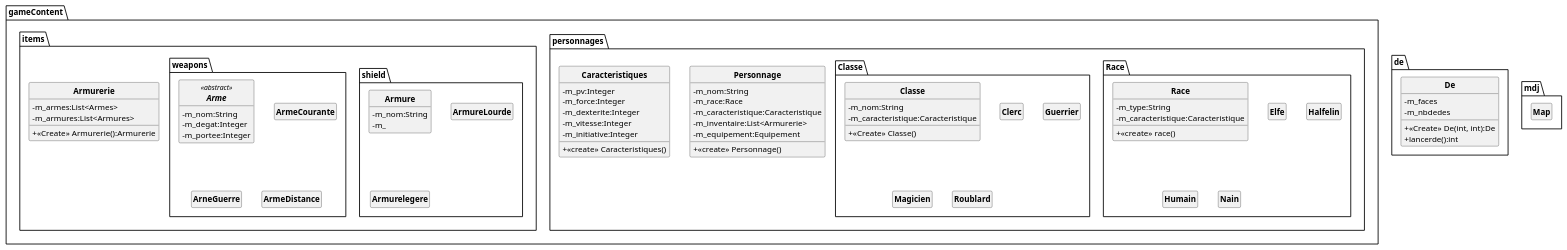
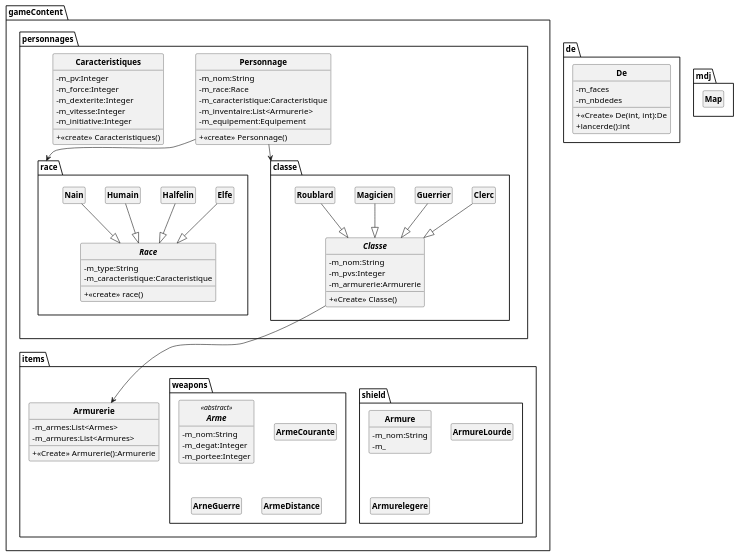
Before and after one commit to pataatee/DOOnjons-et-Dragons: the diagram in uml/DoojonEtDragons.puml, drawn with PlantUML. The commit also changed 12 other files, not shown here.

Commit message:
ajout des classes abstraites Classe et Race, test de si ça marche, attention armurerie est faux

```diff
--- a/uml/DoojonEtDragons.puml
+++ b/uml/DoojonEtDragons.puml
@@ -1,135 +1,150 @@
 @startuml
 'https://plantuml.com/class-diagram
 scale 1
 
 skinparam classAttributeIconSize 0
 skinparam classFontStyle Bold
 skinparam style strictuml
 hide empty members
 
 package gameContent
 {
     package personnages
     {
         class Personnage {
             +<<create>> Personnage()
             -m_nom:String
             -m_race:Race
             -m_caracteristique:Caracteristique
             -m_inventaire:List<Armurerie>
             -m_equipement:Equipement
         }
+        Personnage --> race
+        Personnage --> classe
 
-        package Race{
-            class Race {
+        package race{
+            abstract class Race {
                 +<<create>> race()
                 -m_type:String
                 -m_caracteristique:Caracteristique
             }
             class Elfe {
             }
             class Halfelin {
             }
             class Humain {
             }
             class Nain {
             }
+            Humain --|> Race
+            Nain --|> Race
+            Elfe --|> Race
+            Halfelin --|> Race
         }
 
         class Caracteristiques {
             +<<create>> Caracteristiques()
             -m_pv:Integer
             -m_force:Integer
             -m_dexterite:Integer
             -m_vitesse:Integer
             -m_initiative:Integer
         }
-        package Classe{
-            class Classe {
+        package classe{
+            abstract class Classe {
                 +<<Create>> Classe()
                 -m_nom:String
-                -m_caracteristique:Caracteristique
+                -m_pvs:Integer
+                -m_armurerie:Armurerie
             }
             class Clerc {
             }
             class Guerrier {
             }
             class Magicien {
             }
             class Roublard {
             }
+            Clerc --|> Classe
+            Guerrier --|> Classe
+            Magicien --|> Classe
+            Roublard --|> Classe
+            Classe --> gameContent.items.Armurerie
         }
 
 
     }
 
     package items
     {
 
         class Armurerie {
             +<<Create>> Armurerie():Armurerie
             -m_armes:List<Armes>
             -m_armures:List<Armures>
         }
 
         package shield {
 
             class Armure {
                 -m_nom:String
                 -m_
             }
 
             class ArmureLourde {
 
             }
 
             class Armurelegere {
 
             }
 
         }
 
         package weapons {
 
             abstract class Arme <<abstract>> {
                 -m_nom:String
                 -m_degat:Integer
                 -m_portee:Integer
             }
 
             class ArmeCourante {
 
             }
 
             class ArneGuerre {
 
             }
 
             class ArmeDistance {
 
             }
 
         }
 
 
 
 
 
 
     }
 }
 
 package de {
     class De {
         -m_faces
         -m_nbdedes
         +<<Create>> De(int, int):De
         +lancerde():int
     }
 }
 package mdj {
     class Map{
     }
 }
 
+
+
+
 @enduml
```
